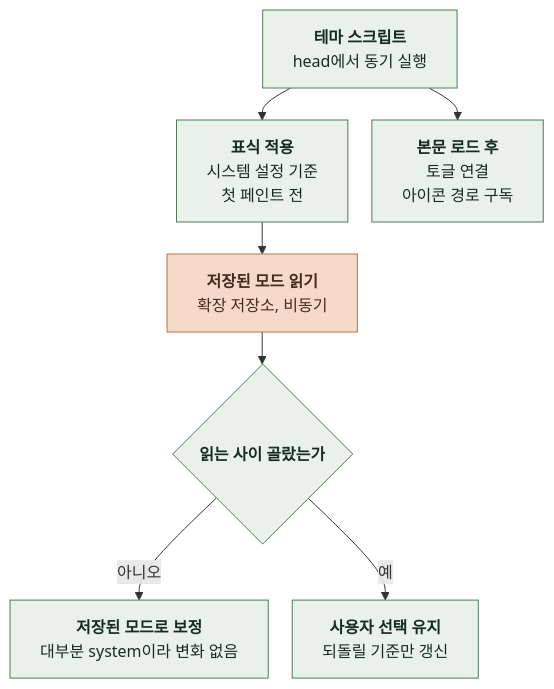
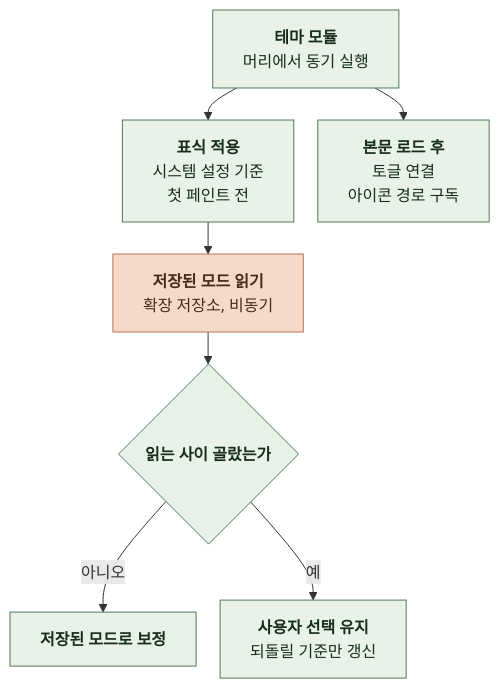
One commit to kangkyunghyun/LinKHU changed the third of 7 diagrams in docs/spec/6-1-INTERACTION.md. Above: the diagram before and after it, drawn with Mermaid. The commit also changed other lines of this file and 23 other files, not shown here.

````diff
--- a/docs/spec/6-1-INTERACTION.md
+++ b/docs/spec/6-1-INTERACTION.md
@@ -119,22 +134,21 @@
 ```mermaid
 %%{init: {"flowchart": {"curve": "basis", "nodeSpacing": 24, "rankSpacing": 32}}}%%
 flowchart TD
-    A["`**테마 스크립트**
-head에서 동기 실행`"] --> B["`**표식 적용**
+    A["`**테마 모듈**
+머리에서 동기 실행`"] --> B["`**표식 적용**
 시스템 설정 기준
 첫 페인트 전`"]
     B --> C["`**저장된 모드 읽기**
 확장 저장소, 비동기`"]
     A --> T["`**본문 로드 후**
 토글 연결
 아이콘 경로 구독`"]
     C --> D{"`**읽는 사이 골랐는가**`"}
-    D -->|아니오| E["`**저장된 모드로 보정**
-대부분 system이라 변화 없음`"]
+    D -->|아니오| E["`**저장된 모드로 보정**`"]
     D -->|예| F["`**사용자 선택 유지**
 되돌릴 기준만 갱신`"]
     classDef comp fill:#E8F2E8,stroke:#527A59,color:#182D1D
     classDef store fill:#F5D9C9,stroke:#B97450,color:#452B1D
     class A,B,T,D,E,F comp
     class C store
 ```
````
